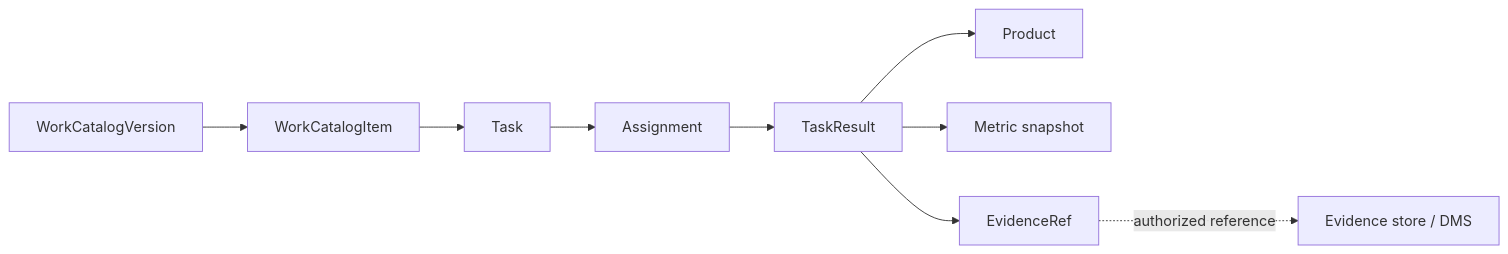
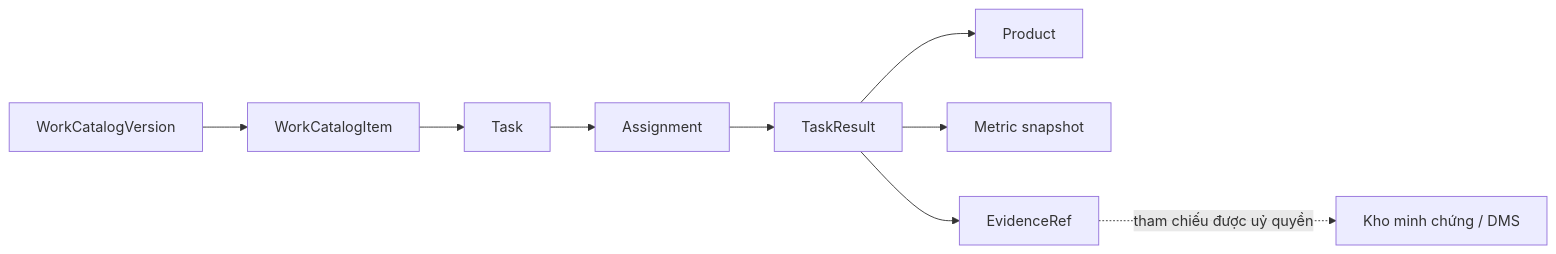
The diagram in docs/03-business/task-product-model.md (chotr/BTCTU), drawn with Mermaid before and after one commit. The commit also changed other lines of this file and 48 other files, not shown here.

````diff
--- a/docs/03-business/task-product-model.md
+++ b/docs/03-business/task-product-model.md
@@ -27,11 +30,11 @@
 ```mermaid
 flowchart LR
   V["WorkCatalogVersion"] --> WC["WorkCatalogItem"]
   WC --> T["Task"]
   T --> AS["Assignment"]
   AS --> TR["TaskResult"]
   TR --> P["Product"]
   TR --> M["Metric snapshot"]
   TR --> EV["EvidenceRef"]
-  EV -. authorized reference .-> DMS["Evidence store / DMS"]
+  EV -. tham chiếu được uỷ quyền .-> DMS["Kho minh chứng / DMS"]
 ```
````
